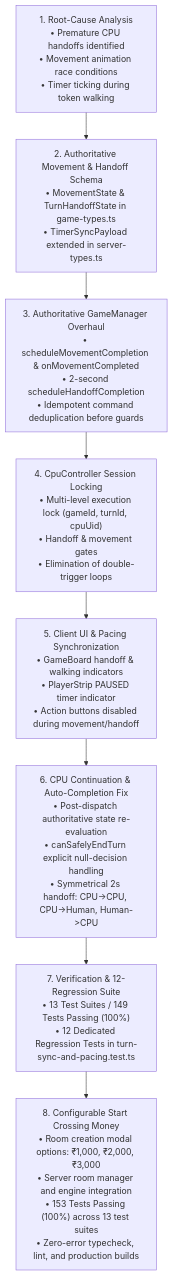
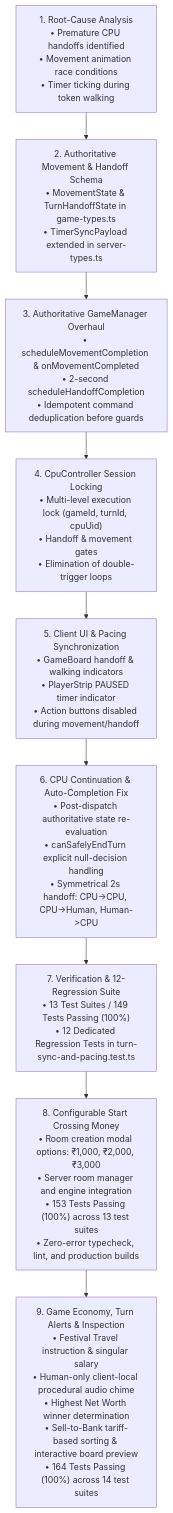
Before and after one commit to K-692/Monopoly-India-Game: the second of 2 diagrams in flow.md, drawn with Mermaid. The commit also changed other lines of this file and 11 other files, not shown here.

Commit message:
feat: improve game economy, turn alerts and property inspection

````diff
--- a/flow.md
+++ b/flow.md
@@ -219,19 +219,21 @@
 ```mermaid
 flowchart TD
     M1["1. Root-Cause Analysis<br>• Premature CPU handoffs identified<br>• Movement animation race conditions<br>• Timer ticking during token walking"]
     M2["2. Authoritative Movement & Handoff Schema<br>• MovementState & TurnHandoffState in game-types.ts<br>• TimerSyncPayload extended in server-types.ts"]
     M3["3. Authoritative GameManager Overhaul<br>• scheduleMovementCompletion & onMovementCompleted<br>• 2-second scheduleHandoffCompletion<br>• Idempotent command deduplication before guards"]
     M4["4. CpuController Session Locking<br>• Multi-level execution lock (gameId, turnId, cpuUid)<br>• Handoff & movement gates<br>• Elimination of double-trigger loops"]
     M5["5. Client UI & Pacing Synchronization<br>• GameBoard handoff & walking indicators<br>• PlayerStrip PAUSED timer indicator<br>• Action buttons disabled during movement/handoff"]
     M6["6. CPU Continuation & Auto-Completion Fix<br>• Post-dispatch authoritative state re-evaluation<br>• canSafelyEndTurn explicit null-decision handling<br>• Symmetrical 2s handoff: CPU->CPU, CPU->Human, Human->CPU"]
     M7["7. Verification & 12-Regression Suite<br>• 13 Test Suites / 149 Tests Passing (100%)<br>• 12 Dedicated Regression Tests in turn-sync-and-pacing.test.ts"]
     M8["8. Configurable Start Crossing Money<br>• Room creation modal options: ₹1,000, ₹2,000, ₹3,000<br>• Server room manager and engine integration<br>• 153 Tests Passing (100%) across 13 test suites<br>• Zero-error typecheck, lint, and production builds"]
+    M9["9. Game Economy, Turn Alerts & Inspection<br>• Festival Travel instruction & singular salary<br>• Human-only client-local procedural audio chime<br>• Highest Net Worth winner determination<br>• Sell-to-Bank tariff-based sorting & interactive board preview<br>• 164 Tests Passing (100%) across 14 test suites"]
 
     M1 --> M2
     M2 --> M3
     M3 --> M4
     M4 --> M5
     M5 --> M6
     M6 --> M7
     M7 --> M8
+    M8 --> M9
 ```
````
